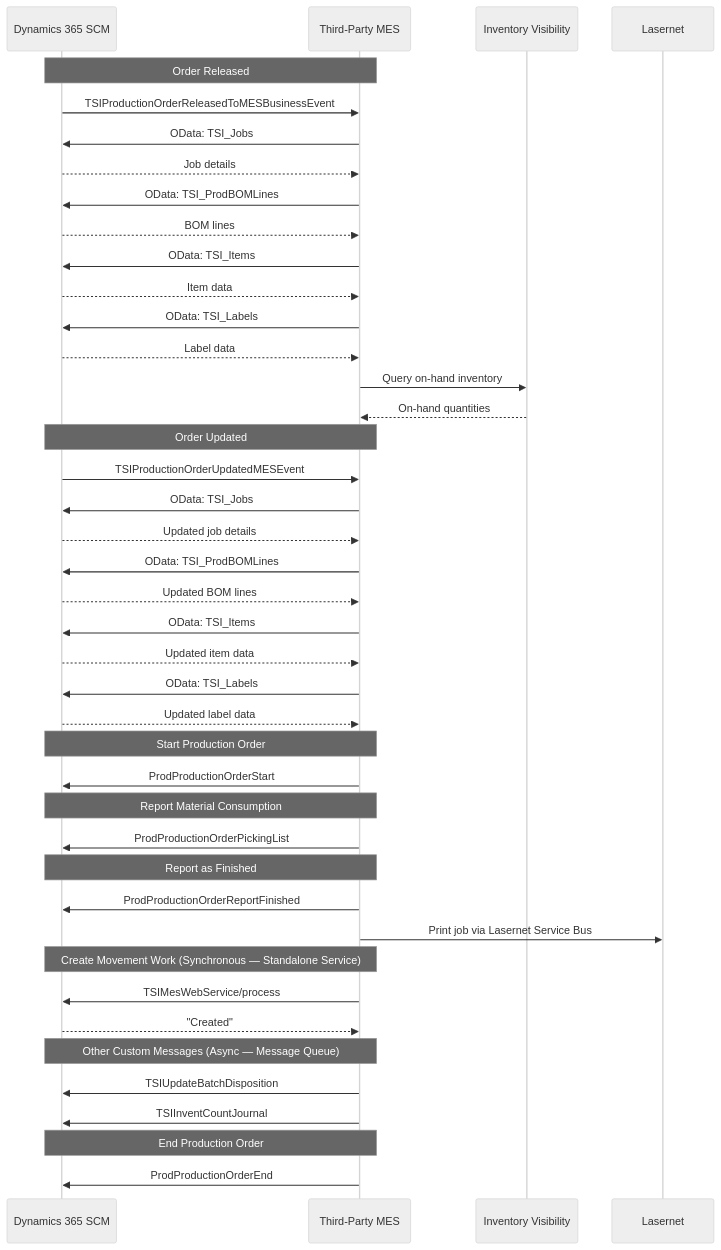
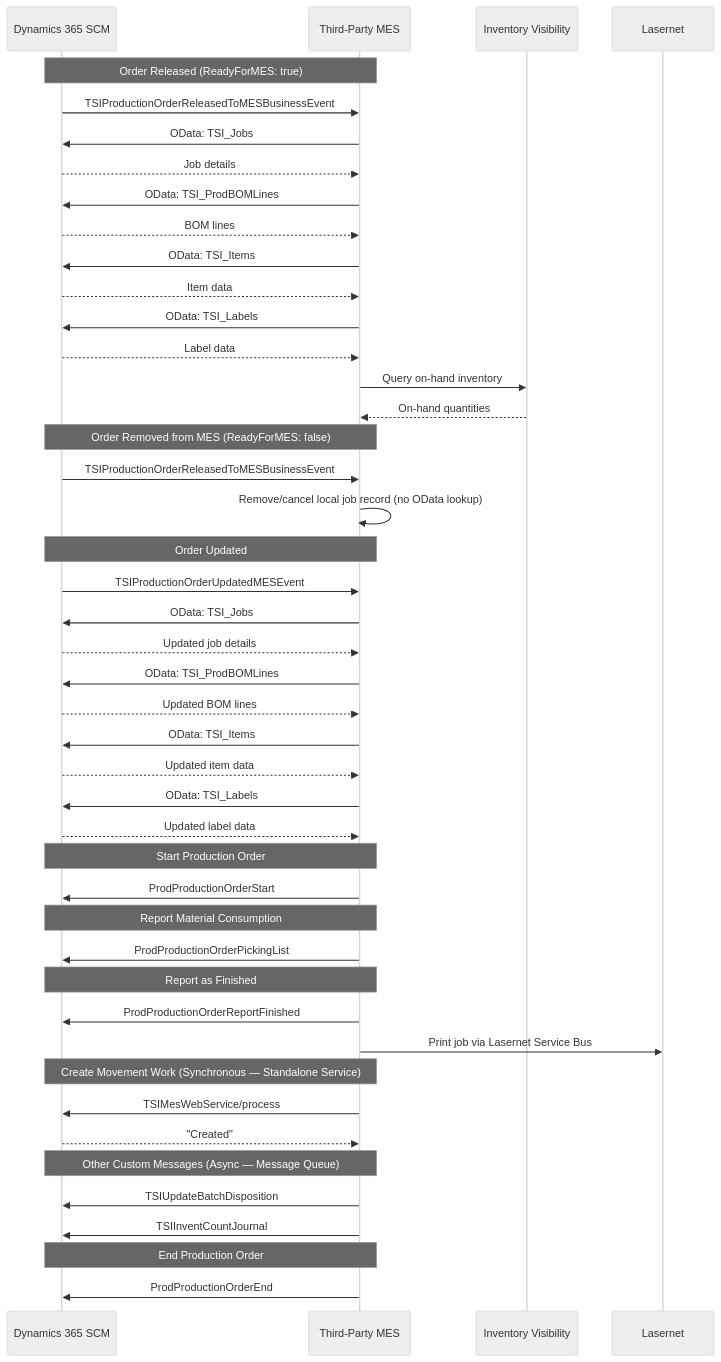
The diagram in README.md (tempur-intl/d365MES-examples), drawn with Mermaid (neutral theme) before and after one commit. The commit also changed other lines of this file and 5 other files, not shown here.

Commit message:
Update samples/docs related to TSIProductionOrderReleasedToMESBusinessEvent and the addition of ReadyForMES

````diff
--- a/README.md
+++ b/README.md
@@ -25,52 +25,56 @@
 ```mermaid
 sequenceDiagram
     participant D365 as Dynamics 365 SCM
     participant MES as Third-Party MES
     participant IVA as Inventory Visibility
     participant LN as Lasernet
 
-    Note over D365,MES: Order Released
+    Note over D365,MES: Order Released (ReadyForMES: true)
     D365->>MES: TSIProductionOrderReleasedToMESBusinessEvent
     MES->>D365: OData: TSI_Jobs
     D365-->>MES: Job details
     MES->>D365: OData: TSI_ProdBOMLines
     D365-->>MES: BOM lines
     MES->>D365: OData: TSI_Items
     D365-->>MES: Item data
     MES->>D365: OData: TSI_Labels
     D365-->>MES: Label data
     MES->>IVA: Query on-hand inventory
     IVA-->>MES: On-hand quantities
+
+    Note over D365,MES: Order Removed from MES (ReadyForMES: false)
+    D365->>MES: TSIProductionOrderReleasedToMESBusinessEvent
+    MES->>MES: Remove/cancel local job record (no OData lookup)
 
     Note over D365,MES: Order Updated
     D365->>MES: TSIProductionOrderUpdatedMESEvent
     MES->>D365: OData: TSI_Jobs
     D365-->>MES: Updated job details
     MES->>D365: OData: TSI_ProdBOMLines
     D365-->>MES: Updated BOM lines
     MES->>D365: OData: TSI_Items
     D365-->>MES: Updated item data
     MES->>D365: OData: TSI_Labels
     D365-->>MES: Updated label data
 
     Note over D365,MES: Start Production Order
     MES->>D365: ProdProductionOrderStart
 
     Note over D365,MES: Report Material Consumption
     MES->>D365: ProdProductionOrderPickingList
 
     Note over D365,MES: Report as Finished
     MES->>D365: ProdProductionOrderReportFinished
     MES->>LN: Print job via Lasernet Service Bus
 
     Note over D365,MES: Create Movement Work (Synchronous — Standalone Service)
     MES->>D365: TSIMesWebService/process
     D365-->>MES: "Created"
 
     Note over D365,MES: Other Custom Messages (Async — Message Queue)
     MES->>D365: TSIUpdateBatchDisposition
     MES->>D365: TSIInventCountJournal
 
     Note over D365,MES: End Production Order
     MES->>D365: ProdProductionOrderEnd
 ```
````
